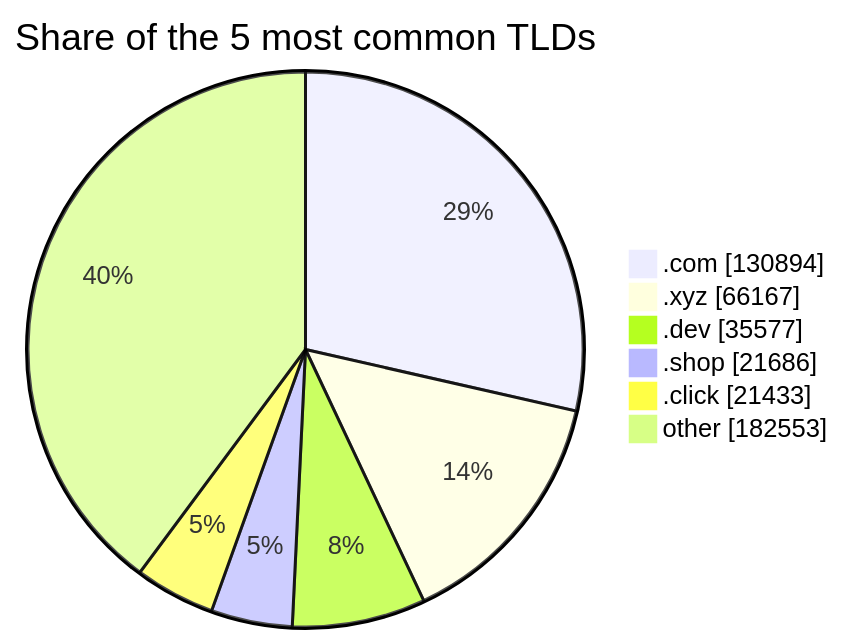
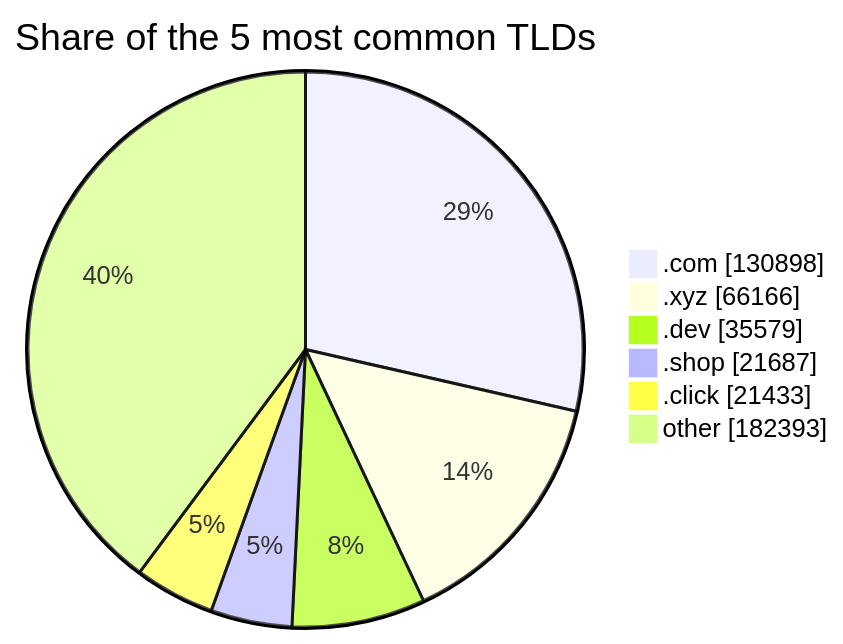
Before and after one commit to DNSBunker/CTI: the third of 3 diagrams in README.md, drawn with Mermaid. The commit also changed other lines of this file and 3 other files, not shown here.

````diff
--- a/README.md
+++ b/README.md
@@ -81,9 +81,9 @@
 ```mermaid
 pie showData title Share of the 5 most common TLDs
-    ".com" : 130894
-    ".xyz" : 66167
-    ".dev" : 35577
-    ".shop" : 21686
+    ".com" : 130898
+    ".xyz" : 66166
+    ".dev" : 35579
+    ".shop" : 21687
     ".click" : 21433
-    "other" : 182553
+    "other" : 182393
 ```
````
